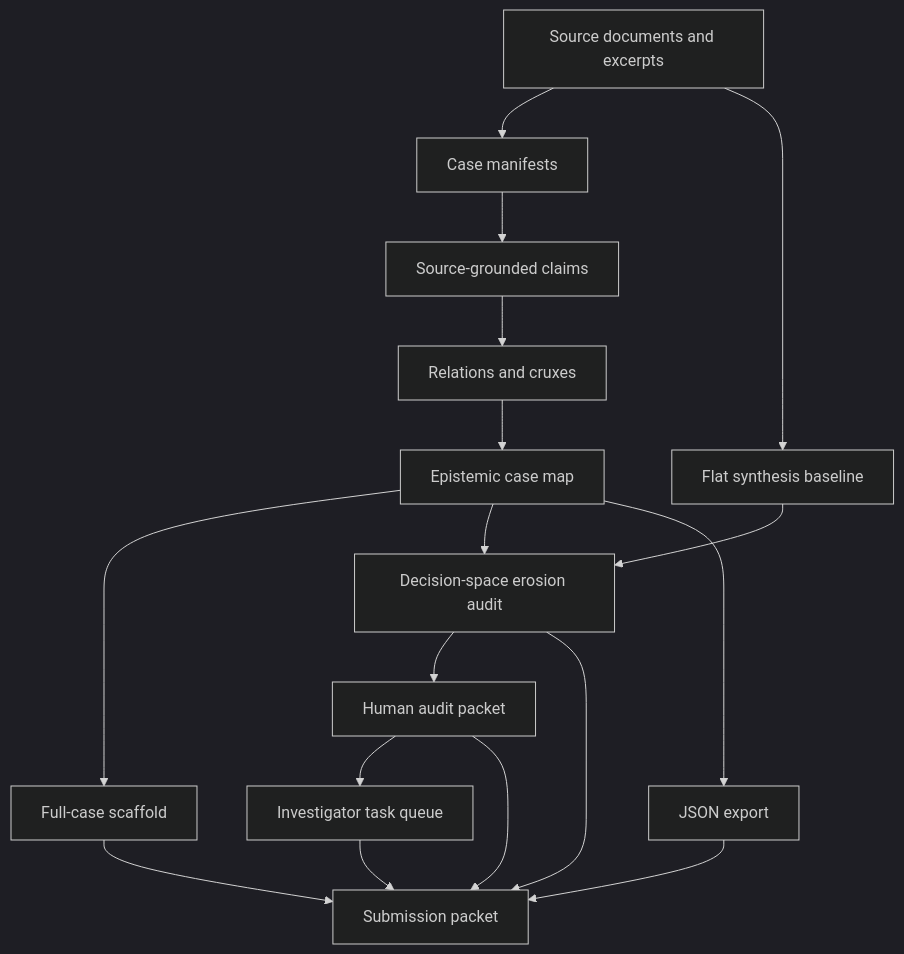
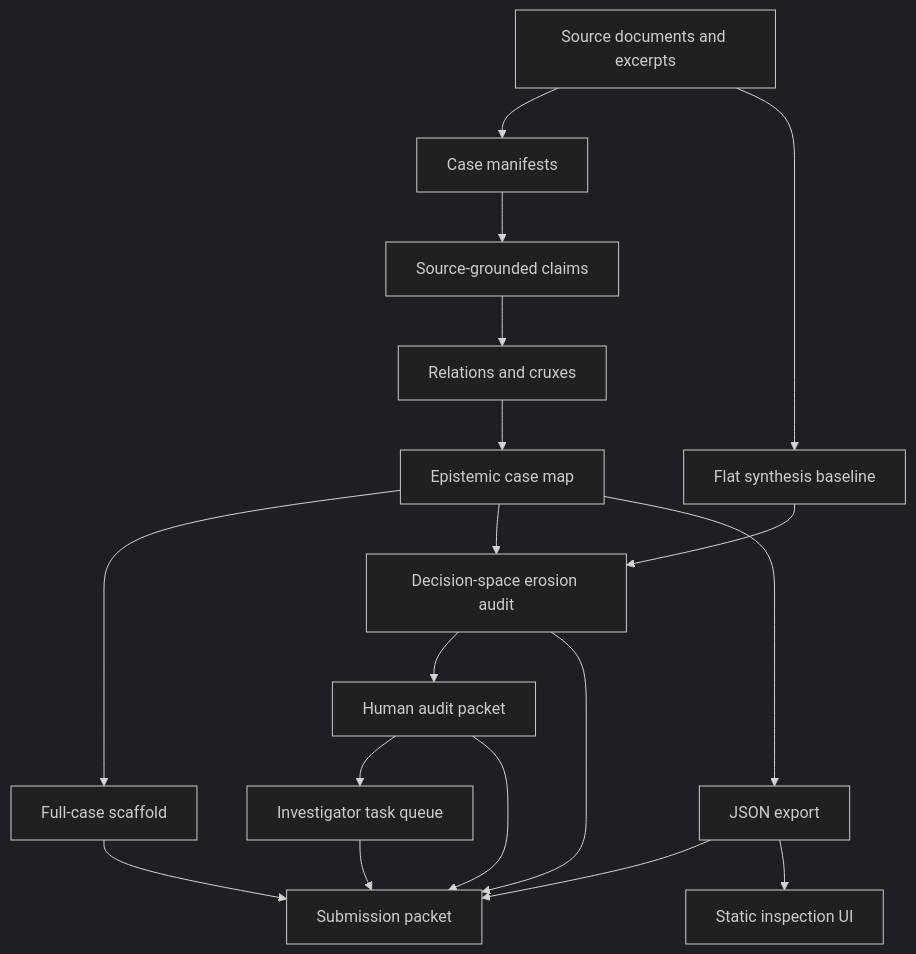
Before and after one commit to etalbert102/epistemic_case_mapper: the diagram in docs/ARCHITECTURE.md, drawn with Mermaid (dark theme). The commit also changed other lines of this file and 16 other files, not shown here.

Commit message:
Add static FLF inspection UI

````diff
--- a/docs/ARCHITECTURE.md
+++ b/docs/ARCHITECTURE.md
@@ -7,19 +7,20 @@
 ```mermaid
 flowchart TD
     A[Source documents and excerpts] --> B[Case manifests]
     B --> C[Source-grounded claims]
     C --> D[Relations and cruxes]
     D --> E[Epistemic case map]
     E --> K[Full-case scaffold]
     A --> F[Flat synthesis baseline]
     E --> G[Decision-space erosion audit]
     F --> G
     G --> H[Human audit packet]
     H --> L[Investigator task queue]
     E --> I[JSON export]
     G --> J[Submission packet]
     H --> J
     I --> J
     K --> J
     L --> J
+    I --> M[Static inspection UI]
 ```
````
